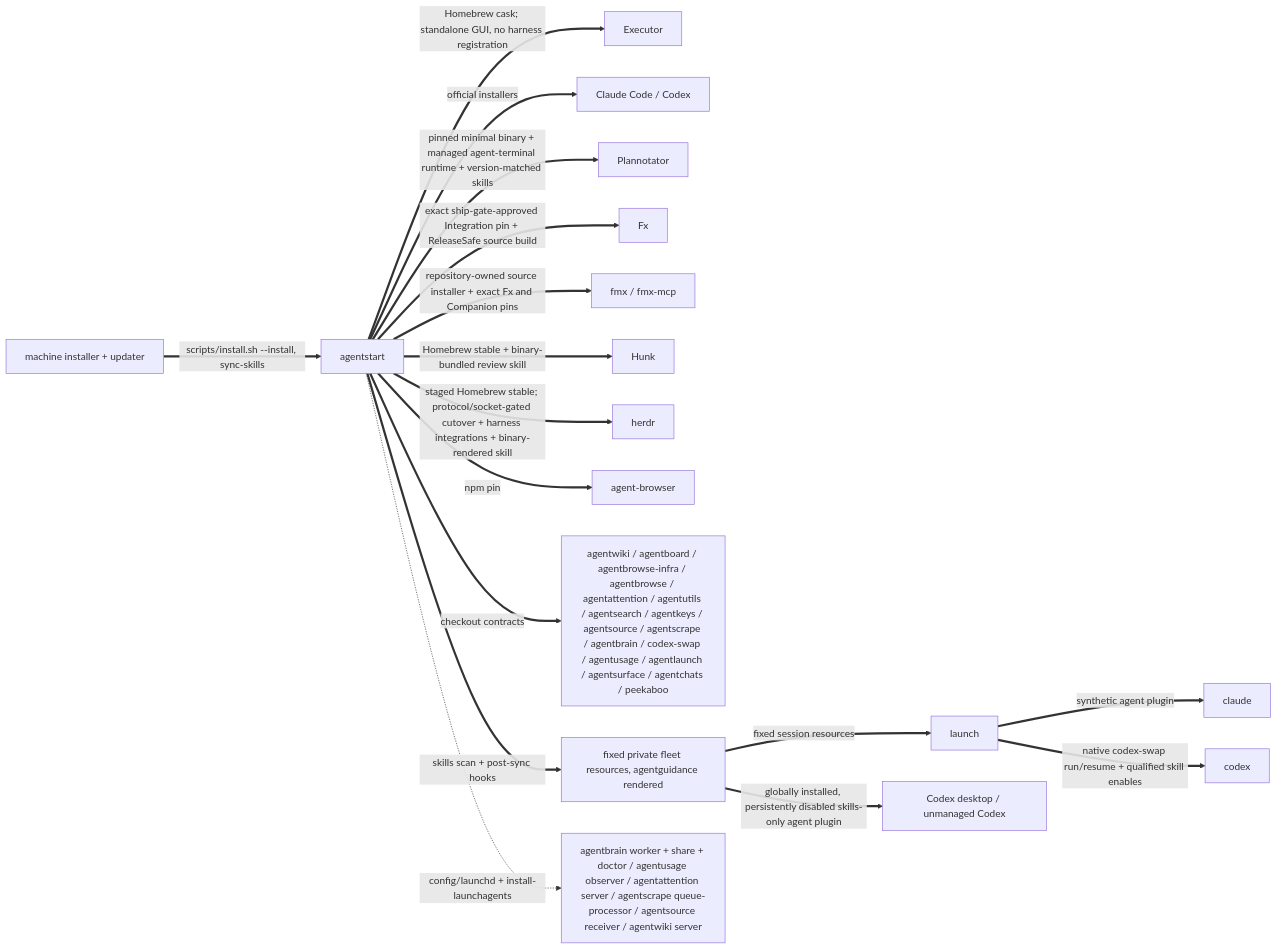
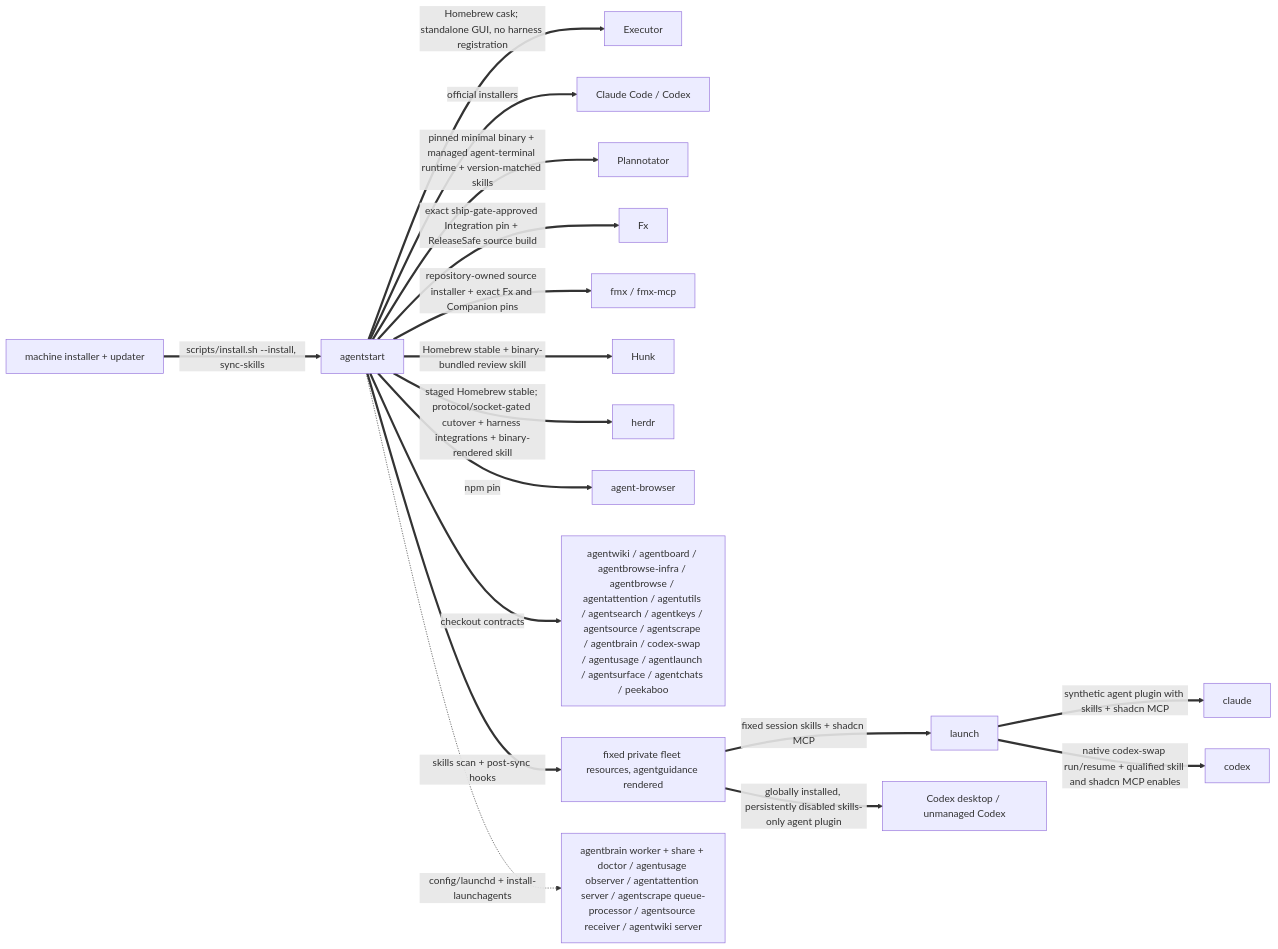
One commit to possibilities/agentstart changed the second of 3 diagrams in skills/fleet/MAP.md. Above: the diagram before and after it, drawn with Mermaid. The commit also changed other lines of this file and 7 other files, not shown here.

Commit message:
Scope shadcn MCP to managed sessions

````diff
--- a/skills/fleet/MAP.md
+++ b/skills/fleet/MAP.md
@@ -86,22 +87,22 @@
 ```mermaid
 flowchart LR
     machine[machine installer + updater]
     start[agentstart]
 
     machine ==>|scripts/install.sh --install, sync-skills| start
     start ==>|Homebrew cask; standalone GUI, no harness registration| executor[Executor]
     start ==>|official installers| harnesses[Claude Code / Codex]
     start ==>|pinned minimal binary + managed agent-terminal runtime + version-matched skills| plannotator[Plannotator]
     start ==>|exact ship-gate-approved Integration pin + ReleaseSafe source build| fx[Fx]
     start ==>|repository-owned source installer + exact Fx and Companion pins| fmxInstall[fmx / fmx-mcp]
     start ==>|Homebrew stable + binary-bundled review skill| hunk[Hunk]
     start ==>|staged Homebrew stable; protocol/socket-gated cutover + harness integrations + binary-rendered skill| herdrInstall[herdr]
     start ==>|npm pin| browser[agent-browser]
     start ==>|checkout contracts| fleet[agentwiki / agentboard / agentbrowse-infra / agentbrowse / agentattention / agentutils / agentsearch / agentkeys / agentsource / agentscrape / agentbrain / codex-swap / agentusage / agentlaunch / agentsurface / agentchats / peekaboo]
     start ==>|skills scan + post-sync hooks| skills[fixed private fleet resources, agentguidance rendered]
-    skills ==>|fixed session resources| launch
-    launch ==>|synthetic agent plugin| claude
-    launch ==>|native codex-swap run/resume + qualified skill enables| codex
+    skills ==>|fixed session skills + shadcn MCP| launch
+    launch ==>|synthetic agent plugin with skills + shadcn MCP| claude
+    launch ==>|native codex-swap run/resume + qualified skill and shadcn MCP enables| codex
     skills ==>|globally installed, persistently disabled skills-only agent plugin| codexDesktop[Codex desktop / unmanaged Codex]
     start -.->|config/launchd + install-launchagents| services[agentbrain worker + share + doctor / agentusage observer / agentattention server / agentscrape queue-processor / agentsource receiver / agentwiki server]
 ```
````
